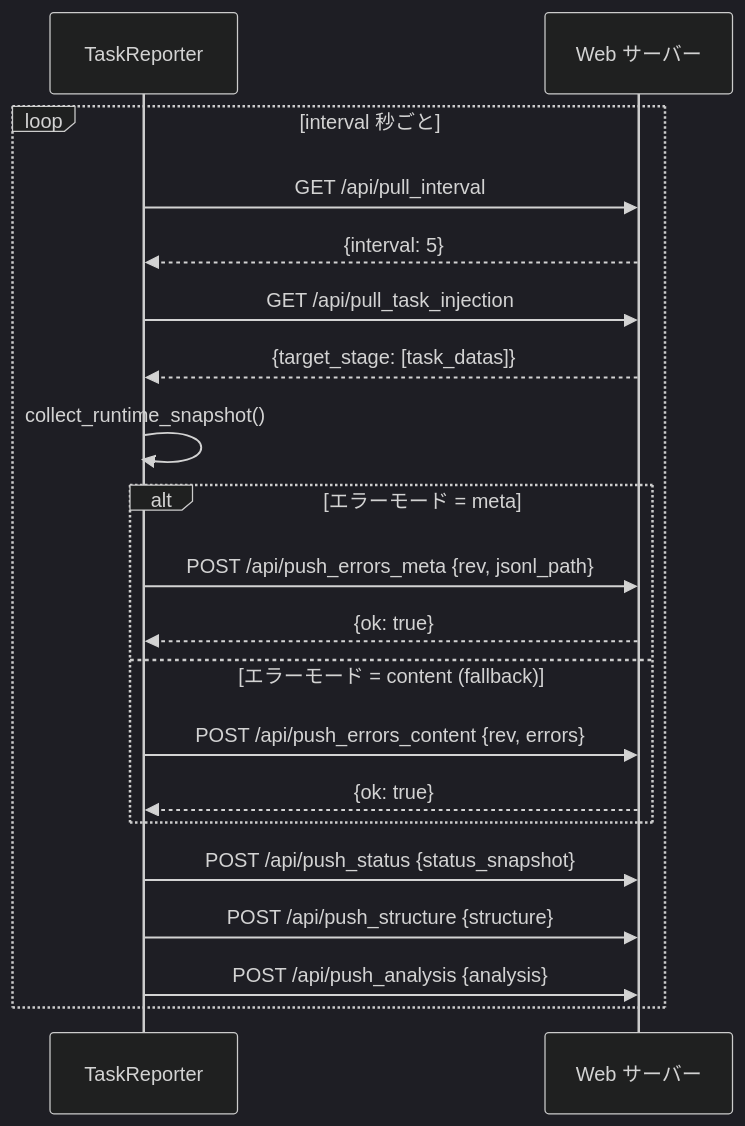
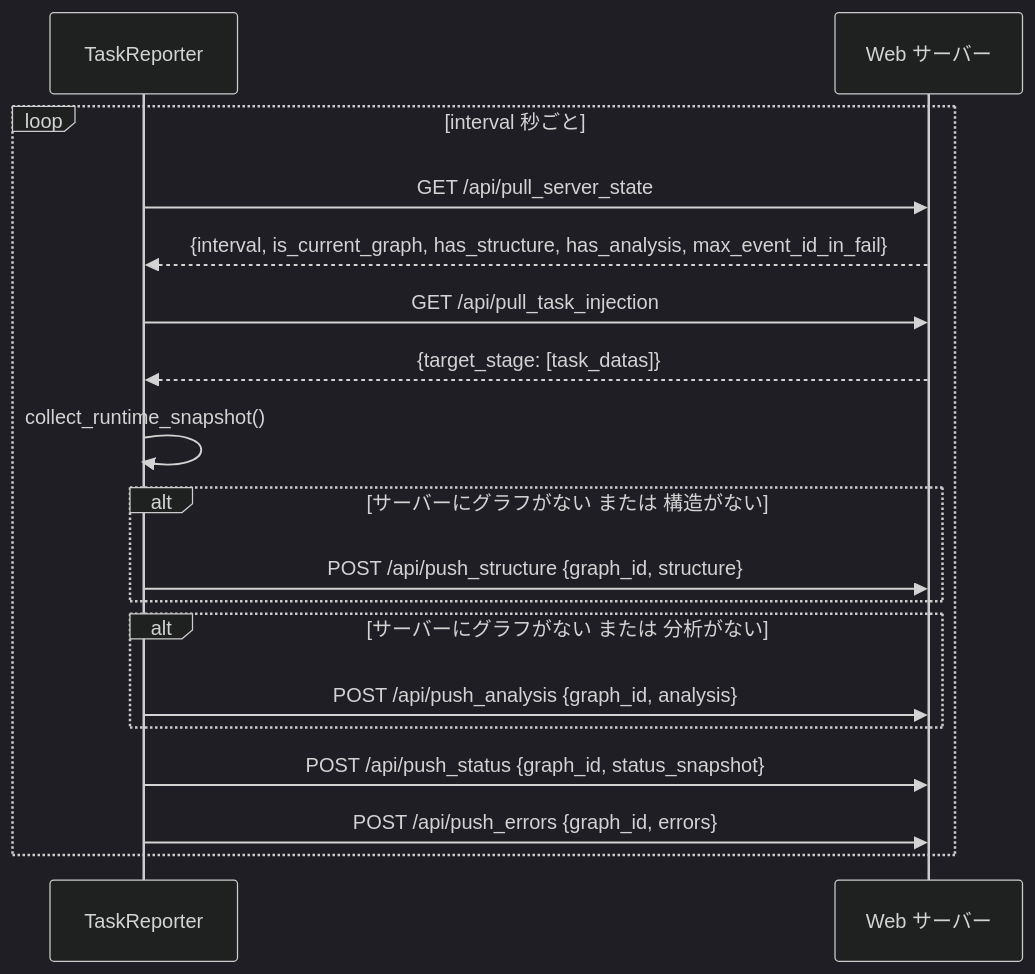
The diagram in docs/ja/src/observability/core_report.md (Mr-xiaotian/CelestialFlow), drawn with Mermaid (dark theme) before and after one commit. The commit also changed other lines of this file and 168 other files, not shown here.

````diff
--- a/docs/ja/src/observability/core_report.md
+++ b/docs/ja/src/observability/core_report.md
@@ -60,27 +61,25 @@
 ```mermaid
 sequenceDiagram
     participant R as TaskReporter
     participant S as Web サーバー
 
     loop interval 秒ごと
-        R->>S: GET /api/pull_interval
-        S-->>R: {interval: 5}
+        R->>S: GET /api/pull_server_state
+        S-->>R: {interval, is_current_graph, has_structure, has_analysis, max_event_id_in_fail}
 
         R->>S: GET /api/pull_task_injection
         S-->>R: {target_stage: [task_datas]}
 
         R->>R: collect_runtime_snapshot()
 
-        alt エラーモード = meta
-            R->>S: POST /api/push_errors_meta {rev, jsonl_path}
-            S-->>R: {ok: true}
-        else エラーモード = content (fallback)
-            R->>S: POST /api/push_errors_content {rev, errors}
-            S-->>R: {ok: true}
+        alt サーバーにグラフがない または 構造がない
+            R->>S: POST /api/push_structure {graph_id, structure}
+        end
+        alt サーバーにグラフがない または 分析がない
+            R->>S: POST /api/push_analysis {graph_id, analysis}
         end
 
-        R->>S: POST /api/push_status {status_snapshot}
-        R->>S: POST /api/push_structure {structure}
-        R->>S: POST /api/push_analysis {analysis}
+        R->>S: POST /api/push_status {graph_id, status_snapshot}
+        R->>S: POST /api/push_errors {graph_id, errors}
     end
 ```
````
